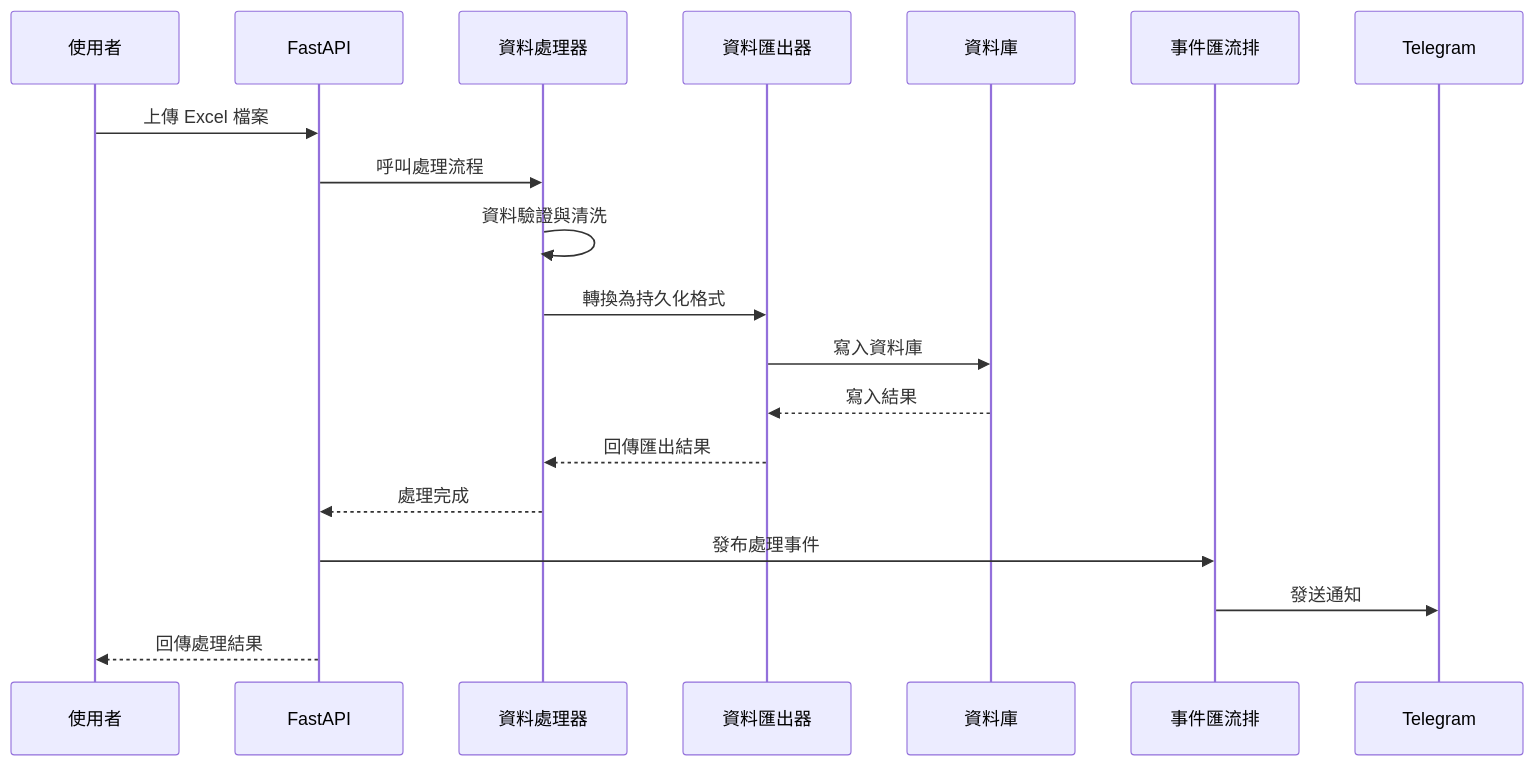
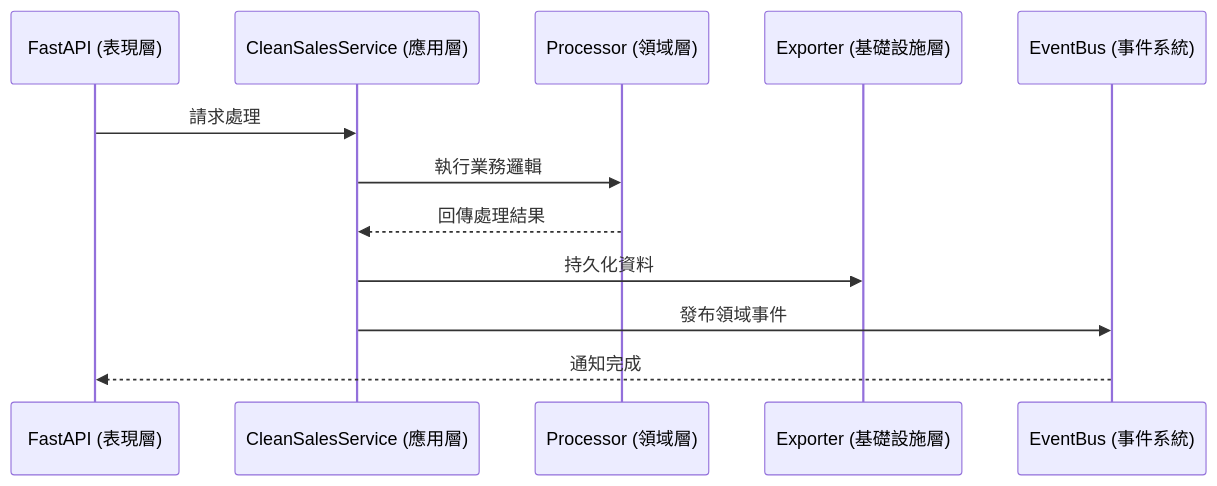
The first of 7 diagrams in docs/structure.md (gurumfj/date-calculator-htmx), drawn with Mermaid before and after one commit. The commit also changed other lines of this file, not shown here.

First line of the commit message:
Update system architecture documentation with comprehensive layered design overview

````diff
--- a/docs/structure.md
+++ b/docs/structure.md
@@ -140,21 +56,15 @@
 ```mermaid
 sequenceDiagram
-    participant User as 使用者
-    participant API as FastAPI
-    participant Processor as 資料處理器
-    participant Exporter as 資料匯出器
-    participant DB as 資料庫
-    participant EventBus as 事件匯流排
+    participant API as FastAPI (表現層)
+    participant Service as CleanSalesService (應用層)
+    participant Processor as Processor (領域層)
+    participant Exporter as Exporter (基礎設施層)
+    participant EventBus as EventBus (事件系統)
 
-    User->>API: 上傳 Excel 檔案
-    API->>Processor: 呼叫處理流程
-    Processor->>Processor: 資料驗證與清洗
-    Processor->>Exporter: 轉換為持久化格式
-    Exporter->>DB: 寫入資料庫
-    DB-->>Exporter: 寫入結果
-    Exporter-->>Processor: 回傳匯出結果
-    Processor-->>API: 處理完成
-    API->>EventBus: 發布處理事件
-    EventBus->>Telegram: 發送通知
-    API-->>User: 回傳處理結果
+    API->>Service: 請求處理
+    Service->>Processor: 執行業務邏輯
+    Processor-->>Service: 回傳處理結果
+    Service->>Exporter: 持久化資料
+    Service->>EventBus: 發布領域事件
+    EventBus-->>API: 通知完成
 ```
````
